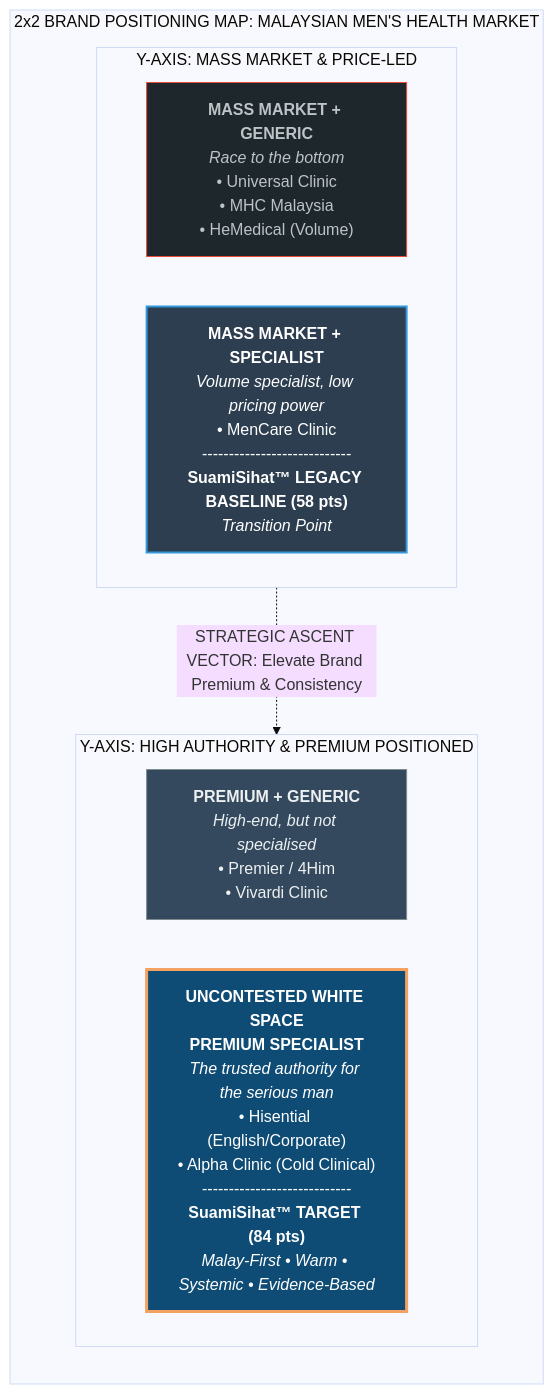
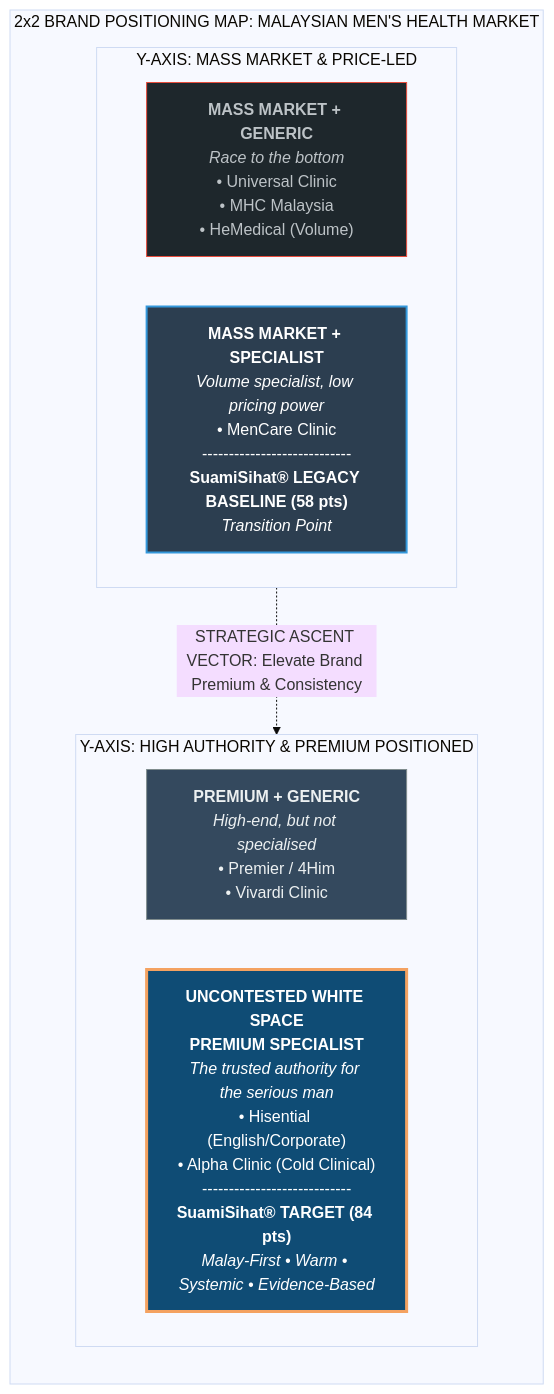
The first of 4 diagrams in docs/staff/clinic-playbook-staff.md (SuamiSihat/SS-Design-System), drawn with Mermaid (base theme) before and after one commit. The commit also changed other lines of this file and 51 other files, not shown here.

First line of the commit message:
brand: SuamiSihat® registered mark, 60% light background, parent company naming

````diff
--- a/docs/staff/clinic-playbook-staff.md
+++ b/docs/staff/clinic-playbook-staff.md
@@ -43,25 +43,25 @@
 ```mermaid
 flowchart TD
     subgraph QUADRANT_MAP ["2x2 BRAND POSITIONING MAP: MALAYSIAN MEN'S HEALTH MARKET"]
         direction TB
 
         subgraph TOP_ROW ["Y-AXIS: HIGH AUTHORITY & PREMIUM POSITIONED"]
             direction LR
             TL["<b>PREMIUM + GENERIC</b><br/><i>High-end, but not specialised</i><br/>• Premier / 4Him<br/>• Vivardi Clinic"]
-            TR["<b>UNCONTESTED WHITE SPACE</b><br/><b>PREMIUM SPECIALIST</b><br/><i>The trusted authority for the serious man</i><br/>• Hisential (English/Corporate)<br/>• Alpha Clinic (Cold Clinical)<br/>----------------------------<br/><b>SuamiSihat™ TARGET (84 pts)</b><br/><i>Malay-First • Warm • Systemic • Evidence-Based</i>"]
+            TR["<b>UNCONTESTED WHITE SPACE</b><br/><b>PREMIUM SPECIALIST</b><br/><i>The trusted authority for the serious man</i><br/>• Hisential (English/Corporate)<br/>• Alpha Clinic (Cold Clinical)<br/>----------------------------<br/><b>SuamiSihat® TARGET (84 pts)</b><br/><i>Malay-First • Warm • Systemic • Evidence-Based</i>"]
         end
 
         subgraph BOTTOM_ROW ["Y-AXIS: MASS MARKET & PRICE-LED"]
             direction LR
             BL["<b>MASS MARKET + GENERIC</b><br/><i>Race to the bottom</i><br/>• Universal Clinic<br/>• MHC Malaysia<br/>• HeMedical (Volume)"]
-            BR["<b>MASS MARKET + SPECIALIST</b><br/><i>Volume specialist, low pricing power</i><br/>• MenCare Clinic<br/>----------------------------<br/><b>SuamiSihat™ LEGACY BASELINE (58 pts)</b><br/><i>Transition Point</i>"]
+            BR["<b>MASS MARKET + SPECIALIST</b><br/><i>Volume specialist, low pricing power</i><br/>• MenCare Clinic<br/>----------------------------<br/><b>SuamiSihat® LEGACY BASELINE (58 pts)</b><br/><i>Transition Point</i>"]
         end
     end
 
     BR -.->|"STRATEGIC ASCENT VECTOR: Elevate Brand Premium & Consistency"| TR
 
     style TR fill:#0f4c75,stroke:#f4a261,stroke-width:3px,color:#ffffff
     style BR fill:#2c3e50,stroke:#3498db,stroke-width:2px,color:#ffffff
     style TL fill:#34495e,stroke:#7f8c8d,stroke-width:1px,color:#ecf0f1
     style BL fill:#1e272c,stroke:#e74c3c,stroke-width:1px,color:#bdc3c7
 ```
````
